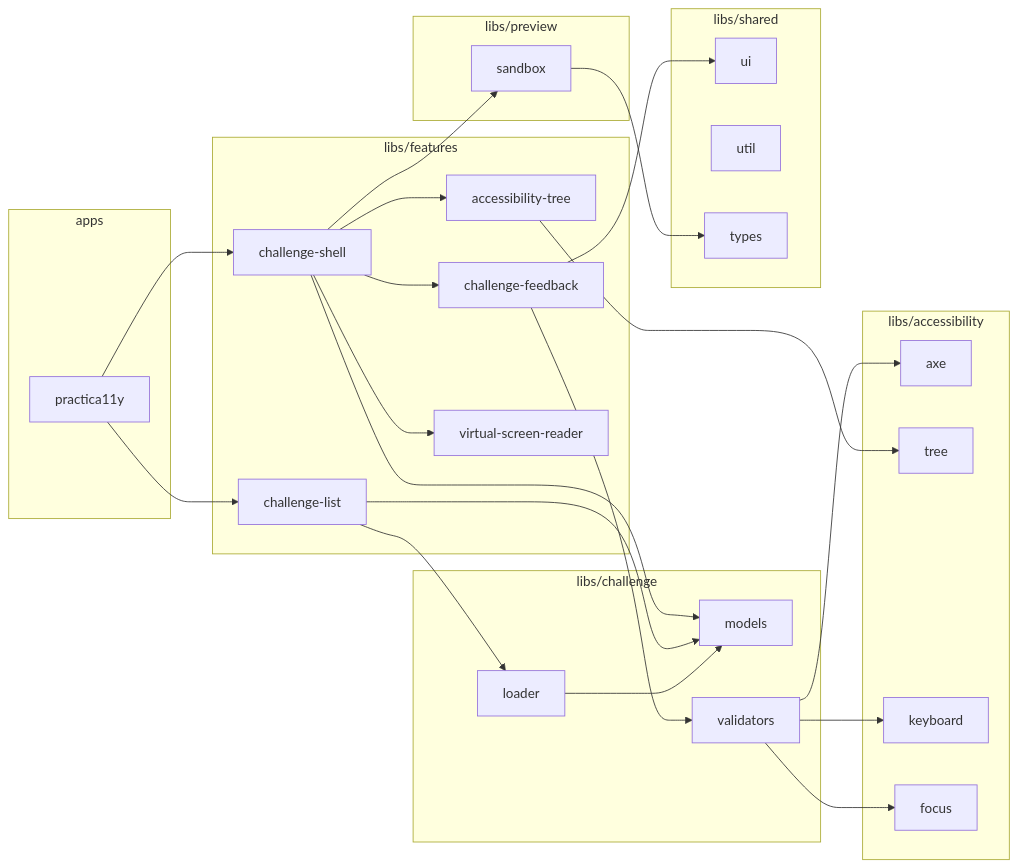
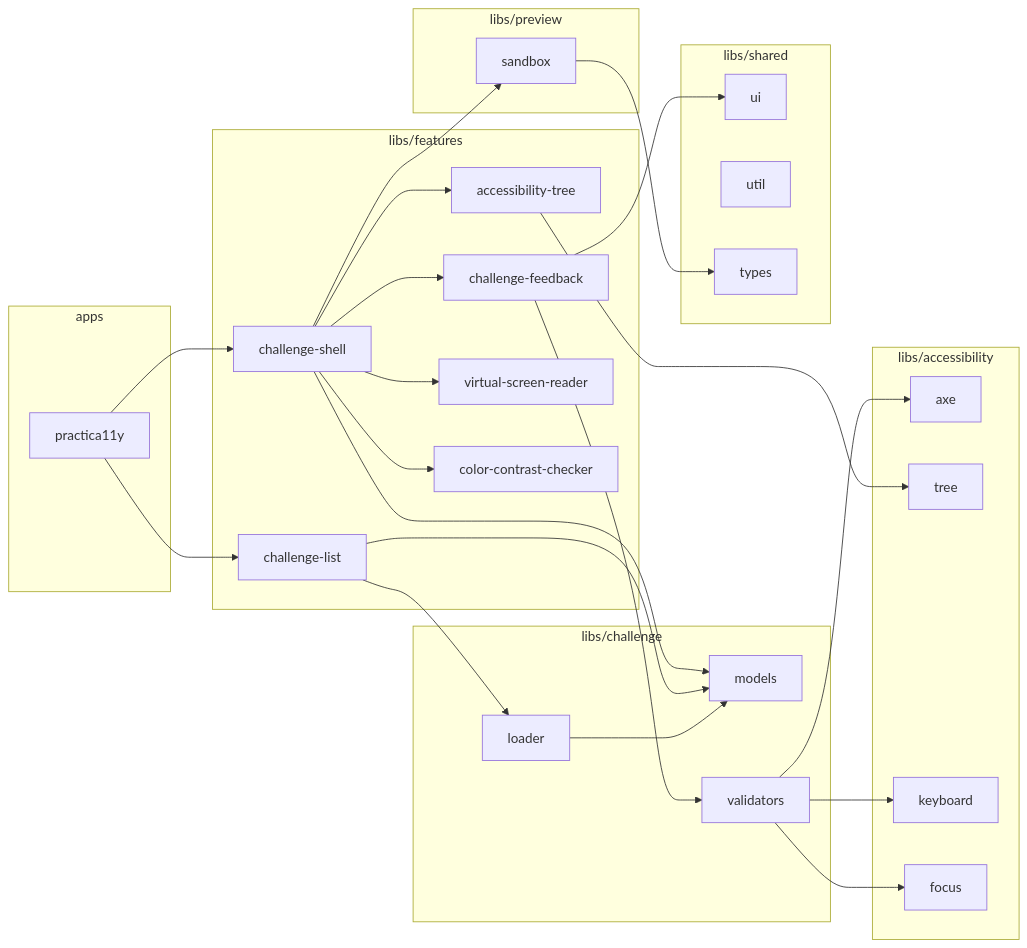
Before and after one commit to d-koppenhagen/practica11y: the second of 2 diagrams in docs/architecture.md, drawn with Mermaid. The commit also changed other lines of this file and 42 other files, not shown here.

First line of the commit message:
feat(color-contrast-checker): add color contrast inspection panel and sandbox tooling

````diff
--- a/docs/architecture.md
+++ b/docs/architecture.md
@@ -41,55 +42,57 @@
 ```mermaid
 graph LR
     subgraph apps
         APP[practica11y]
     end
 
     subgraph libs/features
         FS[challenge-shell]
         FL[challenge-list]
         FF[challenge-feedback]
         FAT[accessibility-tree]
         FVSR[virtual-screen-reader]
+        FCC[color-contrast-checker]
     end
 
     subgraph libs/challenge
         CM[models]
         CL[loader]
         CV[validators]
     end
 
     subgraph libs/preview
         PS[sandbox]
     end
 
     subgraph libs/accessibility
         AX[axe]
         AT[tree]
         AK[keyboard]
         AF[focus]
     end
 
     subgraph libs/shared
         SU[ui]
         SUT[util]
         ST[types]
     end
 
     APP --> FS
     APP --> FL
     FS --> PS
     FS --> FF
     FS --> FAT
     FS --> FVSR
+    FS --> FCC
     FS --> CM
     FL --> CM
     FL --> CL
     FF --> CV
     FAT --> AT
     CV --> AX
     CV --> AK
     CV --> AF
     PS --> ST
     CL --> CM
     FF --> SU
 ```
````
